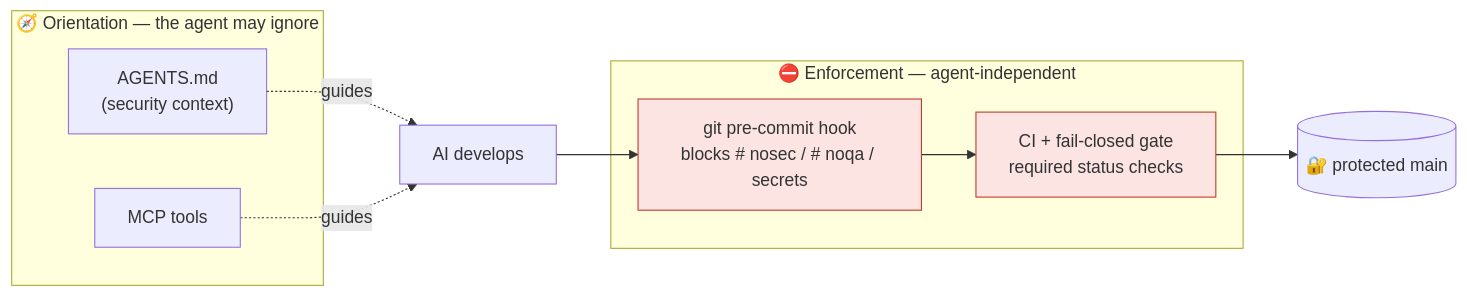
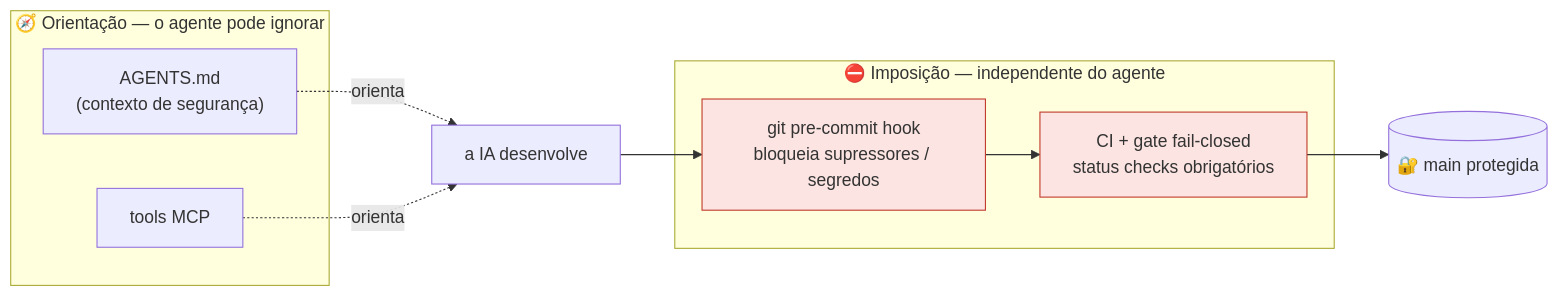
The third of 5 diagrams in README.md (pablodlz/secpipe-ai), drawn with Mermaid before and after one commit. The commit also changed other lines of this file, not shown here.

````diff
--- a/README.md
+++ b/README.md
@@ -214,17 +216,17 @@
 ```mermaid
 flowchart LR
-    subgraph O["🧭 Orientation — the agent may ignore"]
-        AG["AGENTS.md<br/>(security context)"]
-        MT["MCP tools"]
+    subgraph O["🧭 Orientação — o agente pode ignorar"]
+        AG["AGENTS.md<br/>(contexto de segurança)"]
+        MT["tools MCP"]
     end
-    subgraph E["⛔ Enforcement — agent-independent"]
-        HK["git pre-commit hook<br/>blocks # nosec / # noqa / secrets"]
-        CI["CI + fail-closed gate<br/>required status checks"]
+    subgraph E["⛔ Imposição — independente do agente"]
+        HK["git pre-commit hook<br/>bloqueia supressores / segredos"]
+        CI["CI + gate fail-closed<br/>status checks obrigatórios"]
     end
-    DEV["AI develops"]
-    AG -.guides.-> DEV
-    MT -.guides.-> DEV
-    DEV --> HK --> CI --> MAIN[("🔐 protected main")]
+    DEV["a IA desenvolve"]
+    AG -.orienta.-> DEV
+    MT -.orienta.-> DEV
+    DEV --> HK --> CI --> MAIN[("🔐 main protegida")]
     classDef enf fill:#fbe4e1,stroke:#c0392b;
     class HK,CI enf;
 ```
````
